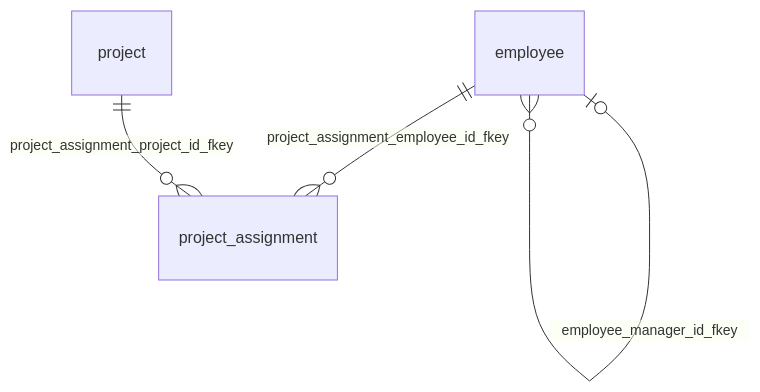
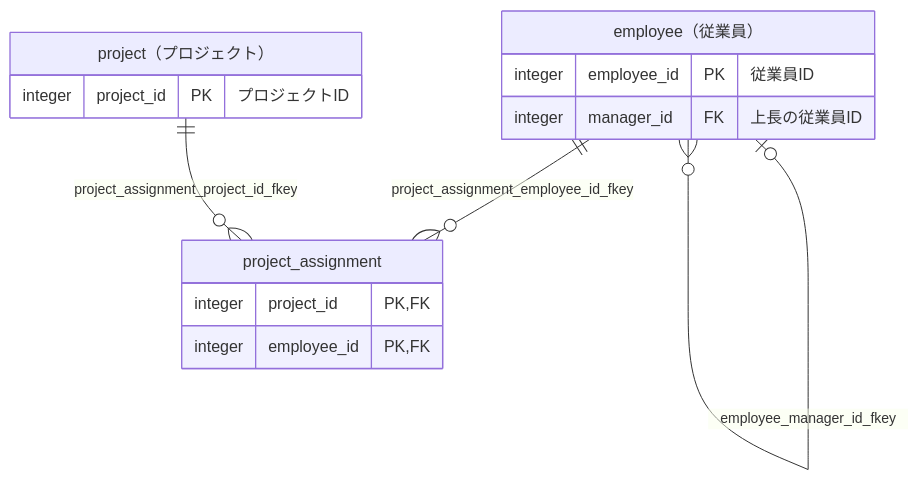
Before and after one commit to ebichan88/exportTableDefinition: the diagram in docs/sample/postgres/output/testdb/viewpoint_testdb_project.md, drawn with Mermaid. The commit also changed other lines of this file and 66 other files, not shown here.

First line of the commit message:
Show logical table names and relation columns in ER diagram boxes

````diff
--- a/docs/sample/postgres/output/testdb/viewpoint_testdb_project.md
+++ b/docs/sample/postgres/output/testdb/viewpoint_testdb_project.md
@@ -15,9 +15,20 @@
 ```mermaid
 erDiagram
-    sample_employee["employee"]
-    sample_project["project"]
+    sample_employee["employee（従業員）"]
+    sample_project["project（プロジェクト）"]
     sample_project_assignment["project_assignment"]
     sample_employee |o--o{ sample_employee : "employee_manager_id_fkey"
     sample_employee ||--o{ sample_project_assignment : "project_assignment_employee_id_fkey"
     sample_project ||--o{ sample_project_assignment : "project_assignment_project_id_fkey"
+    sample_employee {
+        integer employee_id PK "従業員ID"
+        integer manager_id FK "上長の従業員ID"
+    }
+    sample_project {
+        integer project_id PK "プロジェクトID"
+    }
+    sample_project_assignment {
+        integer project_id PK, FK
+        integer employee_id PK, FK
+    }
 ```
````
